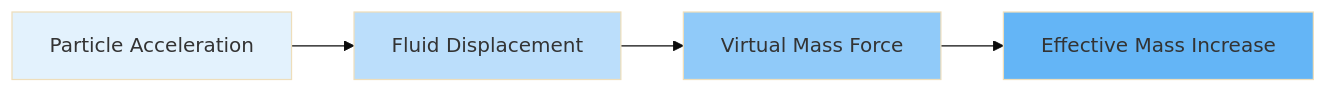
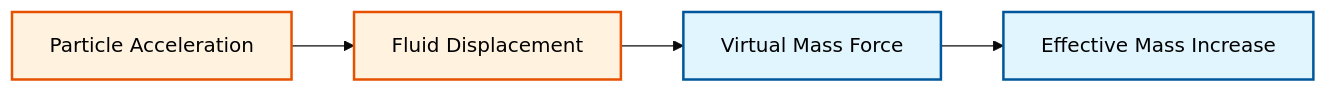
Before and after one commit to wramet/build-my-cfd: the first of 2 diagrams in MODULE_04_MULTIPHASE_FUNDAMENTALS/CONTENT/06_VIRTUAL_MASS/00_Overview.md, drawn with Mermaid (base theme). The commit also changed other lines of this file and 313 other files, not shown here.

Commit message:
Revise all diagram

````diff
--- a/MODULE_04_MULTIPHASE_FUNDAMENTALS/CONTENT/06_VIRTUAL_MASS/00_Overview.md
+++ b/MODULE_04_MULTIPHASE_FUNDAMENTALS/CONTENT/06_VIRTUAL_MASS/00_Overview.md
@@ -9,11 +9,8 @@
 ```mermaid
 flowchart LR
-    A[Particle Acceleration] --> B[Fluid Displacement]
-    B --> C[Virtual Mass Force]
-    C --> D[Effective Mass Increase]
-
-    style A fill:#e3f2fd
-    style B fill:#bbdefb
-    style C fill:#90caf9
-    style D fill:#64b5f6
+classDef implicit fill:#e1f5fe,stroke:#01579b,stroke-width:2px,color:#000
+classDef explicit fill:#fff3e0,stroke:#e65100,stroke-width:2px,color:#000
+A["Particle Acceleration"]:::explicit --> B["Fluid Displacement"]:::explicit
+B --> C["Virtual Mass Force"]:::implicit
+C --> D["Effective Mass Increase"]:::implicit
 ```
````
